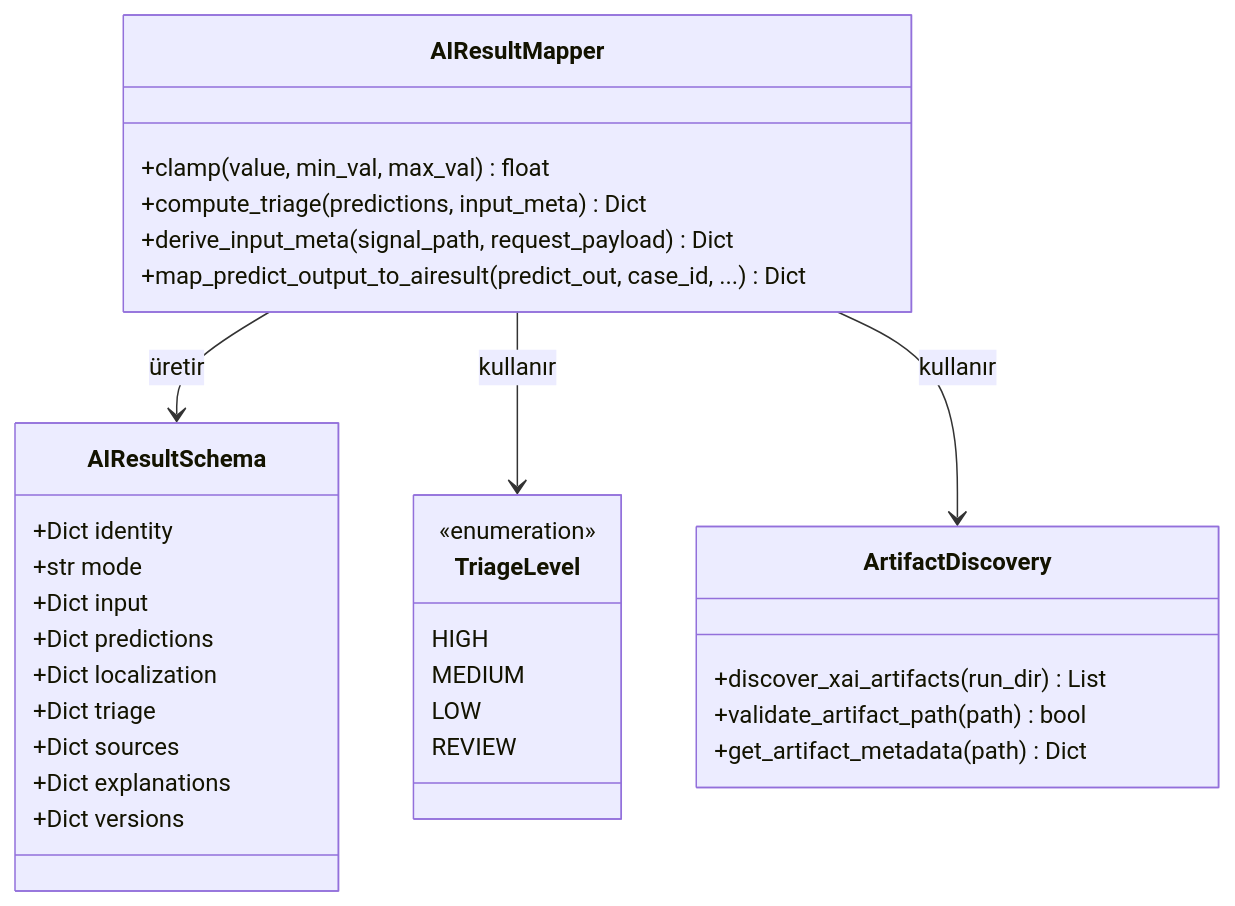
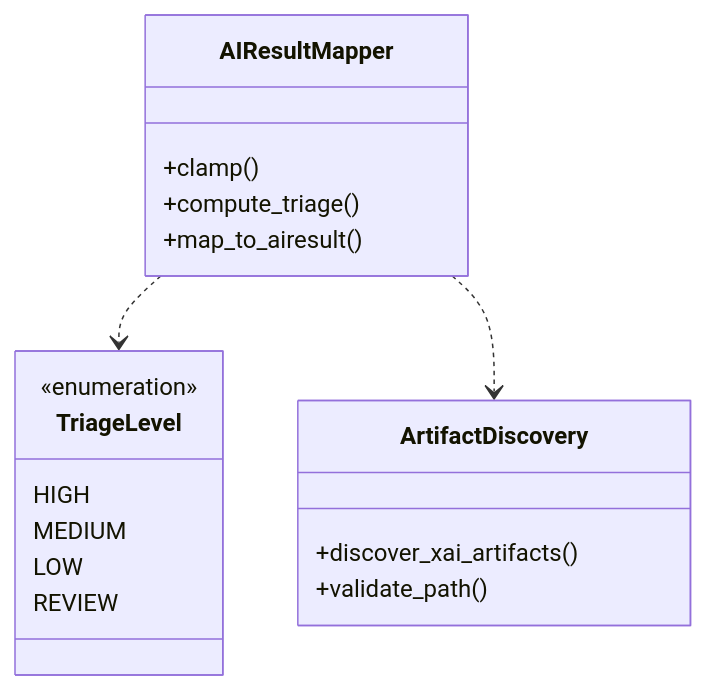
Before and after one commit to mUsaulug/CardioGuard-AI: the sixth of 8 diagrams in docs/diagrams/03_class_diagram.md, drawn with Mermaid. The commit also changed other lines of this file and 3 other files, not shown here.

````diff
--- a/docs/diagrams/03_class_diagram.md
+++ b/docs/diagrams/03_class_diagram.md
@@ -445,41 +217,26 @@
 ```mermaid
 classDiagram
     direction TB
     
     class AIResultMapper {
-        +clamp(value, min_val, max_val) float
-        +compute_triage(predictions, input_meta) Dict
-        +derive_input_meta(signal_path, request_payload) Dict
-        +map_predict_output_to_airesult(predict_out, case_id, ...) Dict
-    }
-    
-    class AIResultSchema {
-        +Dict identity
-        +str mode
-        +Dict input
-        +Dict predictions
-        +Dict localization
-        +Dict triage
-        +Dict sources
-        +Dict explanations
-        +Dict versions
-    }
-    
-    class ArtifactDiscovery {
-        +discover_xai_artifacts(run_dir) List
-        +validate_artifact_path(path) bool
-        +get_artifact_metadata(path) Dict
+        +clamp()
+        +compute_triage()
+        +map_to_airesult()
     }
     
     class TriageLevel {
         <<enumeration>>
         HIGH
         MEDIUM
         LOW
         REVIEW
     }
     
-    AIResultMapper --> AIResultSchema : üretir
-    AIResultMapper --> TriageLevel : kullanır
-    AIResultMapper --> ArtifactDiscovery : kullanır
+    class ArtifactDiscovery {
+        +discover_xai_artifacts()
+        +validate_path()
+    }
+    
+    AIResultMapper ..> TriageLevel
+    AIResultMapper ..> ArtifactDiscovery
 ```
````
